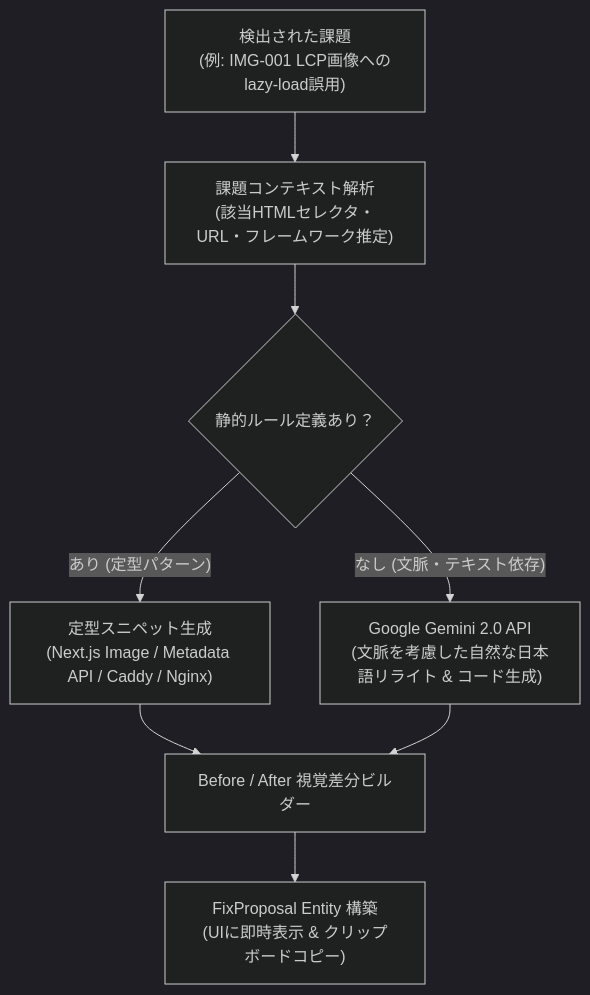
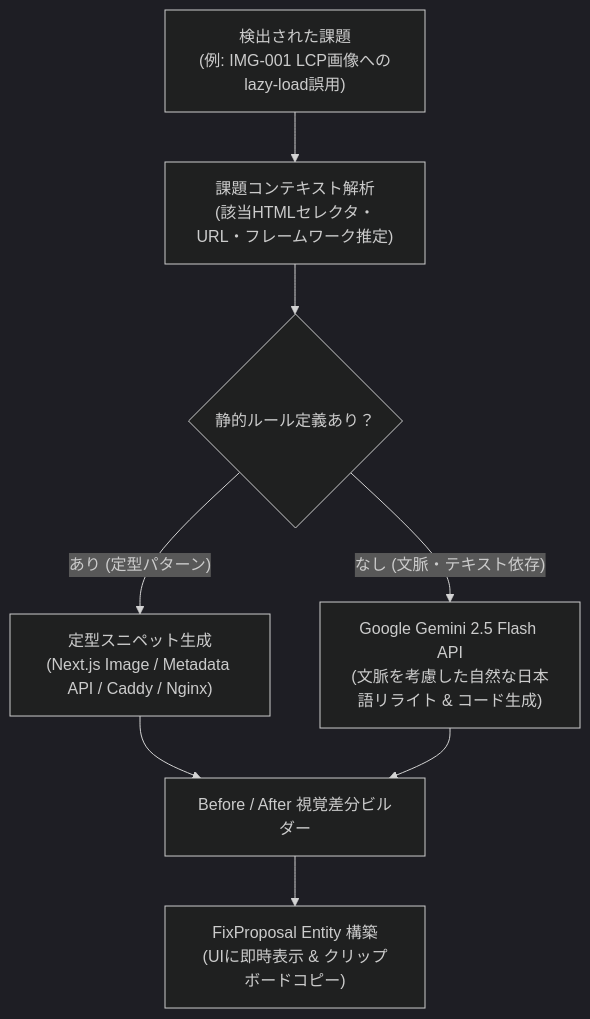
One commit to nntokyo/seo.n-n.tokyo changed the diagram in docs/02_SEO_ANALYSIS_ENGINE.md. Above: the diagram before and after it, drawn with Mermaid (dark theme). The commit also changed other lines of this file and 4 other files, not shown here.

````diff
--- a/docs/02_SEO_ANALYSIS_ENGINE.md
+++ b/docs/02_SEO_ANALYSIS_ENGINE.md
@@ -92,11 +92,11 @@
 ```mermaid
 flowchart TD
     Issue["検出された課題\n(例: IMG-001 LCP画像へのlazy-load誤用)"] --> Analyzer["課題コンテキスト解析\n(該当HTMLセレクタ・URL・フレームワーク推定)"]
     
     Analyzer --> RuleEngine{"静的ルール定義あり？"}
     RuleEngine -- あり (定型パターン) --> StaticTemplate["定型スニペット生成\n(Next.js Image / Metadata API / Caddy / Nginx)"]
-    RuleEngine -- なし (文脈・テキスト依存) --> Gemini["Google Gemini 2.0 API\n(文脈を考慮した自然な日本語リライト & コード生成)"]
+    RuleEngine -- なし (文脈・テキスト依存) --> Gemini["Google Gemini 2.5 Flash API\n(文脈を考慮した自然な日本語リライト & コード生成)"]
     
     StaticTemplate & Gemini --> DiffBuilder["Before / After 視覚差分ビルダー"]
     DiffBuilder --> ProposalCard["FixProposal Entity 構築\n(UIに即時表示 & クリップボードコピー)"]
 ```
````
